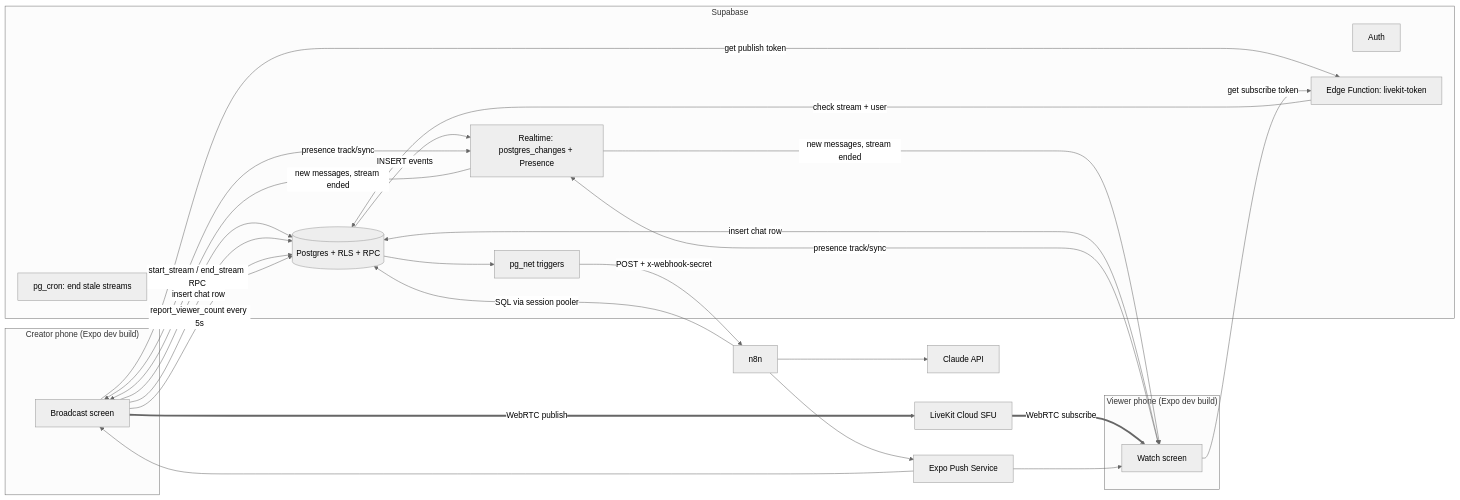
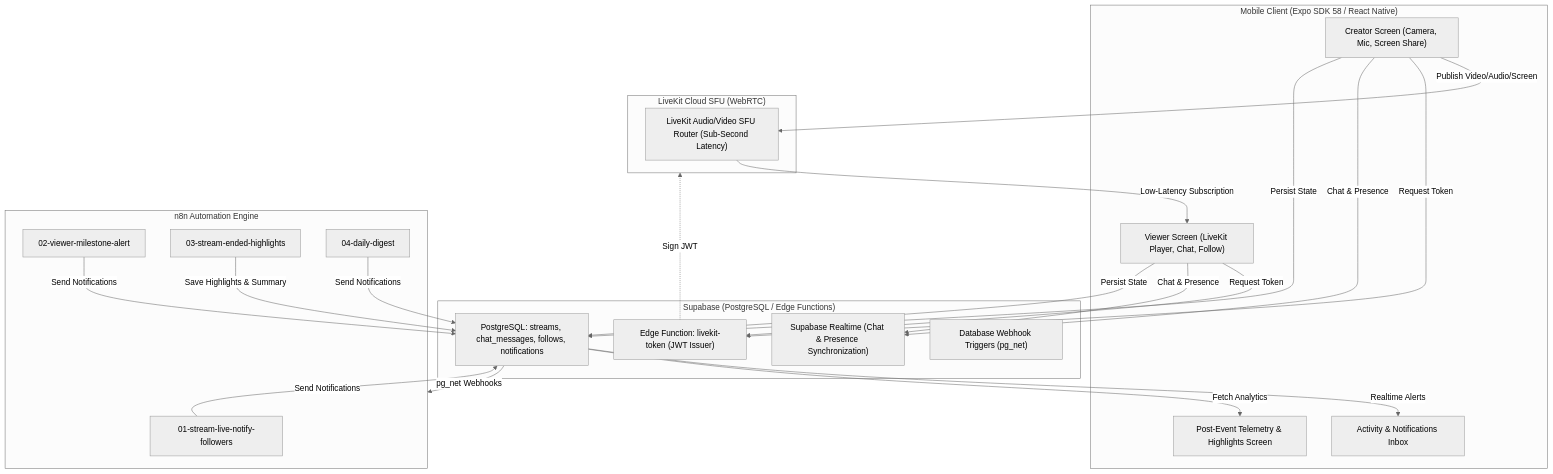
Before and after one commit to neo0007777/livewire: the diagram in README.md, drawn with Mermaid (neutral theme). The commit also changed other lines of this file and 6 other files, not shown here.

Commit message:
docs: finalize production README, architecture specs, backend docs, and prompt logs

````diff
--- a/README.md
+++ b/README.md
@@ -117,41 +30,42 @@
 ```mermaid
-flowchart LR
-  subgraph Creator_Phone["Creator phone (Expo dev build)"]
-    CA[Broadcast screen]
-  end
-  subgraph Viewer_Phone["Viewer phone (Expo dev build)"]
-    VA[Watch screen]
-  end
-  subgraph Supabase
-    AUTH[Auth]
-    DB[(Postgres + RLS + RPC)]
-    RT[Realtime: postgres_changes + Presence]
-    EF[Edge Function: livekit-token]
-    NET[pg_net triggers]
-    CRON[pg_cron: end stale streams]
-  end
-  LK[LiveKit Cloud SFU]
-  N8N[n8n]
-  EXPO[Expo Push Service]
-  LLM[Claude API]
+flowchart TD
+    subgraph MobileApp ["Mobile Client (Expo SDK 58 / React Native)"]
+        Broadcaster["Creator Screen (Camera, Mic, Screen Share)"]
+        Viewer["Viewer Screen (LiveKit Player, Chat, Follow)"]
+        Inbox["Activity & Notifications Inbox"]
+        Summary["Post-Event Telemetry & Highlights Screen"]
+    end
 
-  CA -- "start_stream / end_stream RPC" --> DB
-  CA -- "get publish token" --> EF
-  VA -- "get subscribe token" --> EF
-  EF -- "check stream + user" --> DB
-  CA == "WebRTC publish" ==> LK
-  LK == "WebRTC subscribe" ==> VA
-  CA & VA -- "insert chat row" --> DB
-  DB -- "INSERT events" --> RT
-  RT -- "new messages, stream ended" --> CA & VA
-  CA & VA <-- "presence track/sync" --> RT
-  CA -- "report_viewer_count every 5s" --> DB
-  CRON --> DB
-  DB --> NET
-  NET -- "POST + x-webhook-secret" --> N8N
-  N8N -- "SQL via session pooler" --> DB
-  N8N --> EXPO
-  EXPO --> VA
-  EXPO --> CA
-  N8N --> LLM
+    subgraph MediaRouting ["LiveKit Cloud SFU (WebRTC)"]
+        SFU["LiveKit Audio/Video SFU Router (Sub-Second Latency)"]
+    end
+
+    subgraph DatabaseBackend ["Supabase (PostgreSQL / Edge Functions)"]
+        EdgeAuth["Edge Function: livekit-token (JWT Issuer)"]
+        DB["PostgreSQL: streams, chat_messages, follows, notifications"]
+        RealtimeChannel["Supabase Realtime (Chat & Presence Synchronization)"]
+        DBTriggers["Database Webhook Triggers (pg_net)"]
+    end
+
+    subgraph AutomationEngine ["n8n Automation Engine"]
+        W1["01-stream-live-notify-followers"]
+        W2["02-viewer-milestone-alert"]
+        W3["03-stream-ended-highlights"]
+        W4["04-daily-digest"]
+    end
+
+    Broadcaster -- "Publish Video/Audio/Screen" --> SFU
+    SFU -- "Low-Latency Subscription" --> Viewer
+    Broadcaster -- "Request Token" --> EdgeAuth
+    Viewer -- "Request Token" --> EdgeAuth
+    EdgeAuth -. "Sign JWT" .-> MediaRouting
+
+    Broadcaster & Viewer -- "Chat & Presence" --> RealtimeChannel
+    Broadcaster & Viewer -- "Persist State" --> DB
+
+    DB -- "pg_net Webhooks" --> AutomationEngine
+    W1 & W2 & W4 -- "Send Notifications" --> DB
+    W3 -- "Save Highlights & Summary" --> DB
+    DB -- "Realtime Alerts" --> Inbox
+    DB -- "Fetch Analytics" --> Summary
 ```
````
